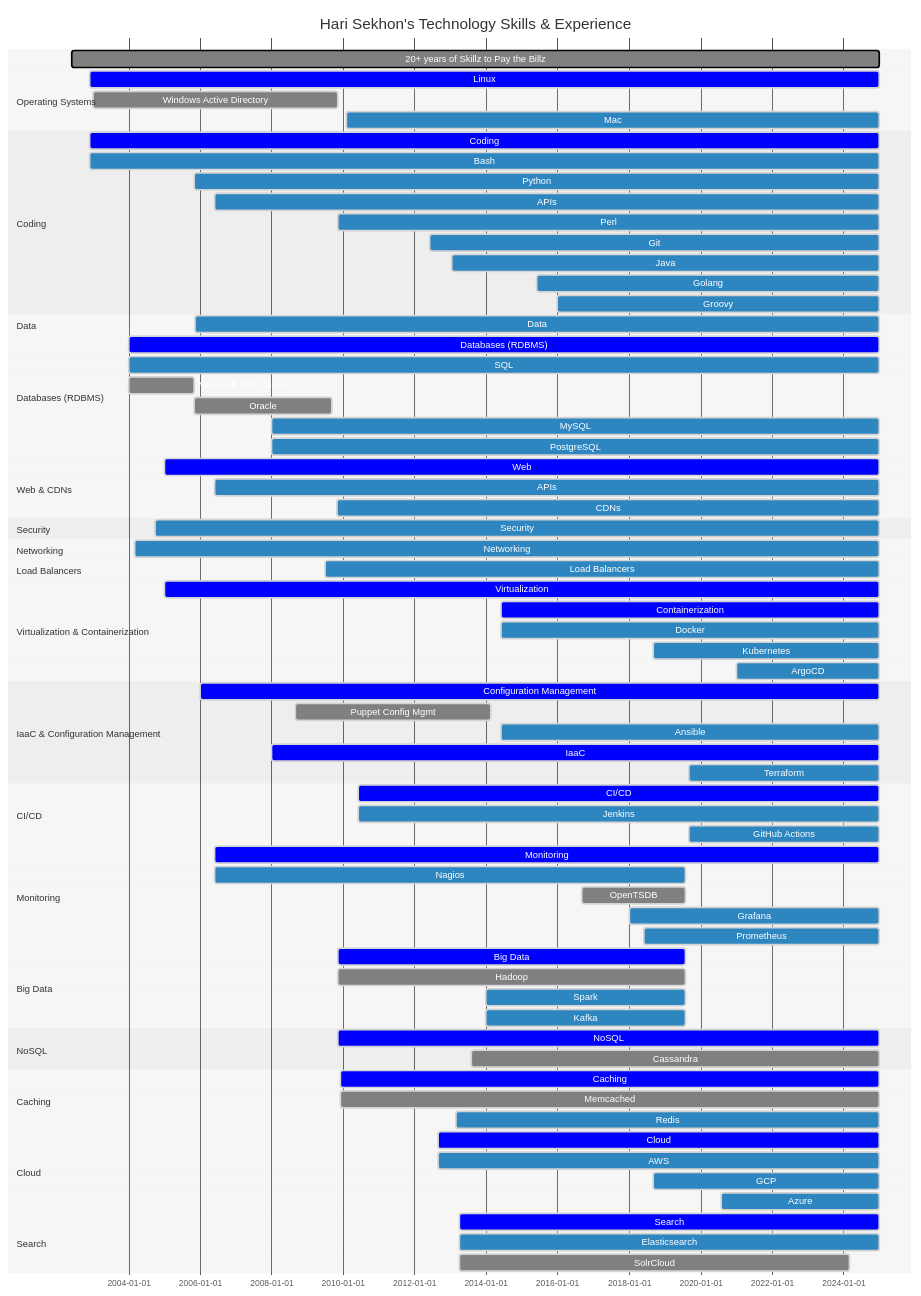
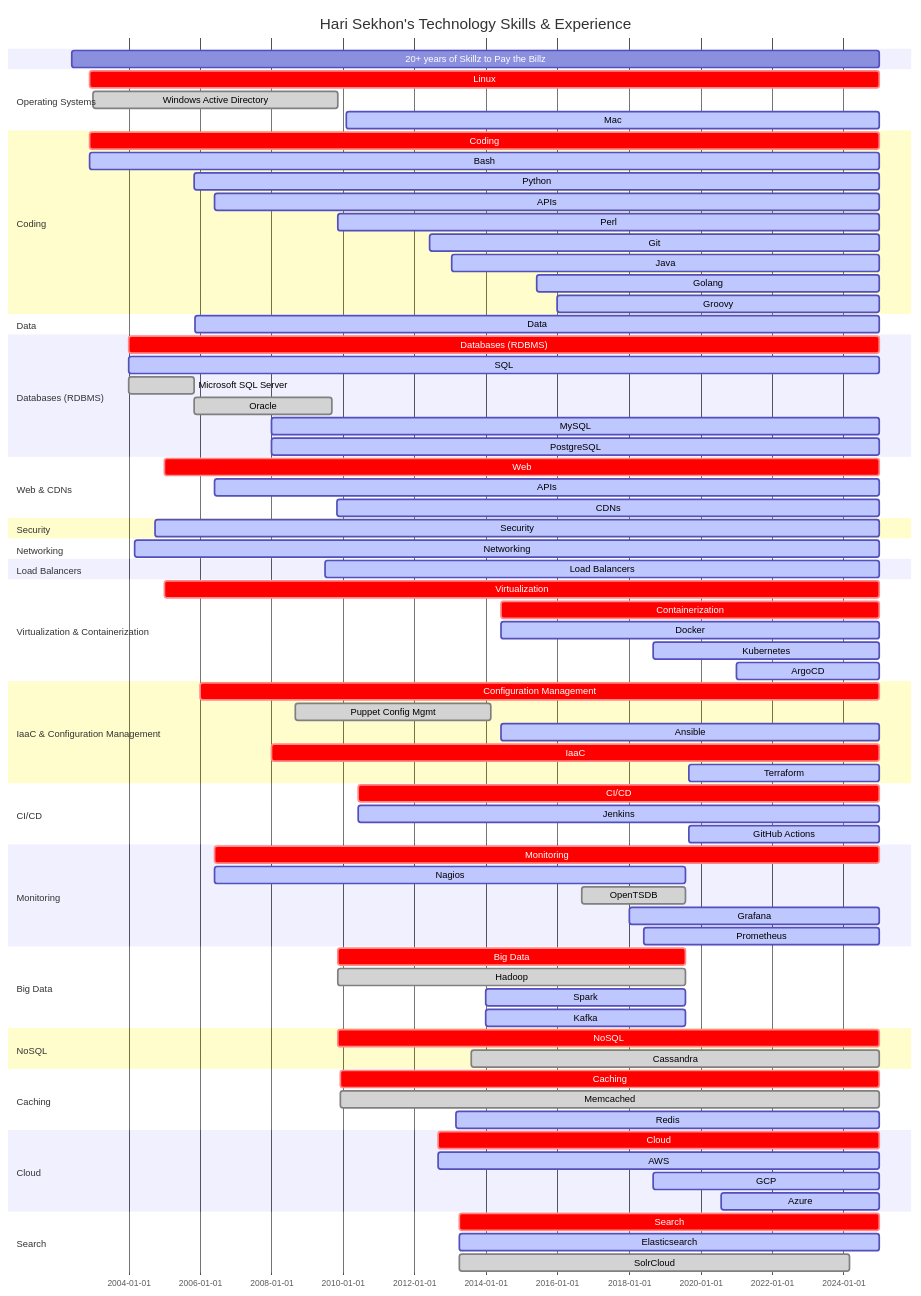
One commit to HariSekhon/HariSekhon changed the diagram in README.md. Above: the diagram before and after it, drawn with Mermaid.

```diff
--- a/README.md
+++ b/README.md
@@ -283,21 +283,23 @@
         'themeVariables': {
           'activeTaskBkgColor': '#2e86c1',
           'activeTaskBorderColor': 'lightgrey',
+          'altSectionBkgColor': 'lightgrey',
+          'critBkgColor': 'blue',
+          'critBorderColor': 'lightgrey',
+          'doneTaskBkgColor': 'grey',
           'doneTaskBorderColor': 'lightgrey',
-          'critBorderColor': 'lightgrey',
-          'critBkgColor': 'blue',
-          'doneTaskBkgColor': 'grey',
+          'excludeBkgColor': '#eeeeee',
+          'gridColor': 'lightgrey',
+          'sectionBkgColor': 'lightgrey',
+          'sectionBkgColor2': 'darkgrey'<
           'taskBkgColor': 'grey',
           'taskBorderColor': 'black',
+          'taskTextClickableColor': 'white',
           'taskTextColor': 'white',
           'taskTextDarkColor': 'white',
           'taskTextLightColor': 'black',
           'taskTextOutsideColor': 'white',
-          'taskTextClickableColor': 'white',
-          'gridColor': 'lightgrey',
-          'sectionBkgColor': 'lightgrey',
-          'altSectionBkgColor': 'lightgrey',
-          'sectionBkgColor2': 'darkgrey'
+          'todayLineColor': 'red'
         }
     }
 }%%
```
